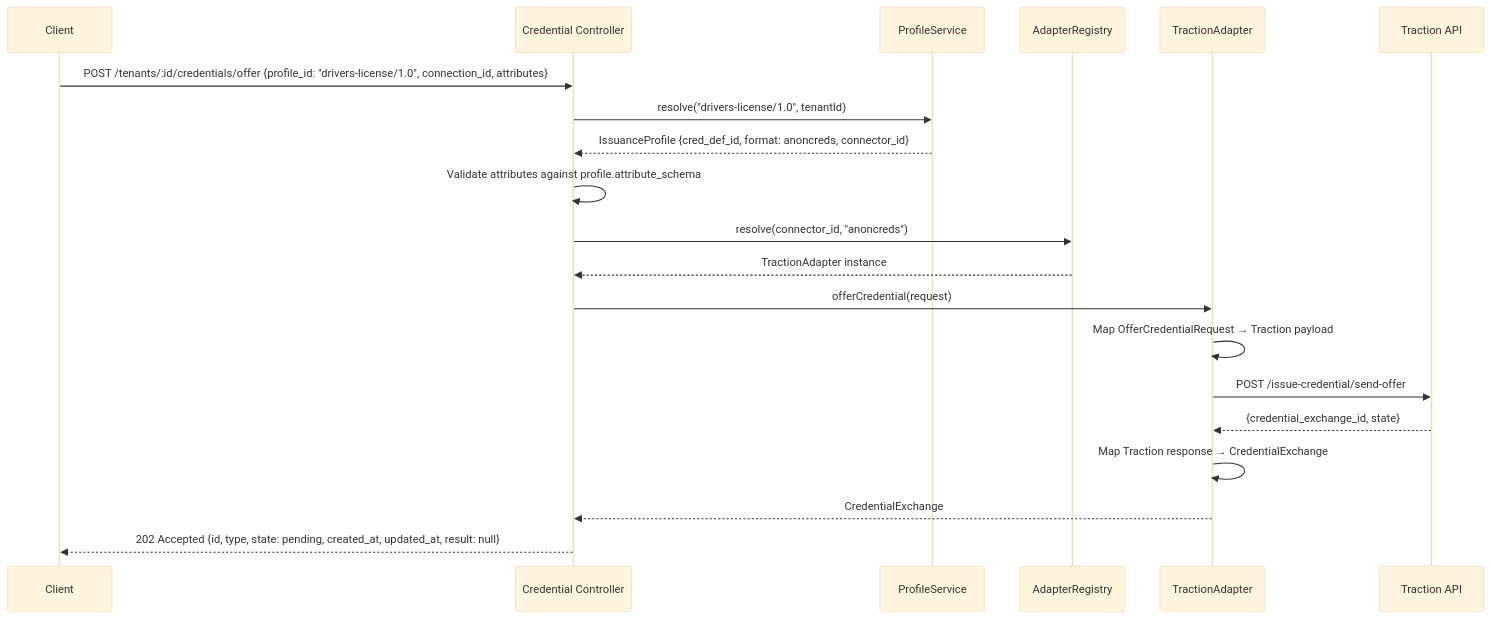
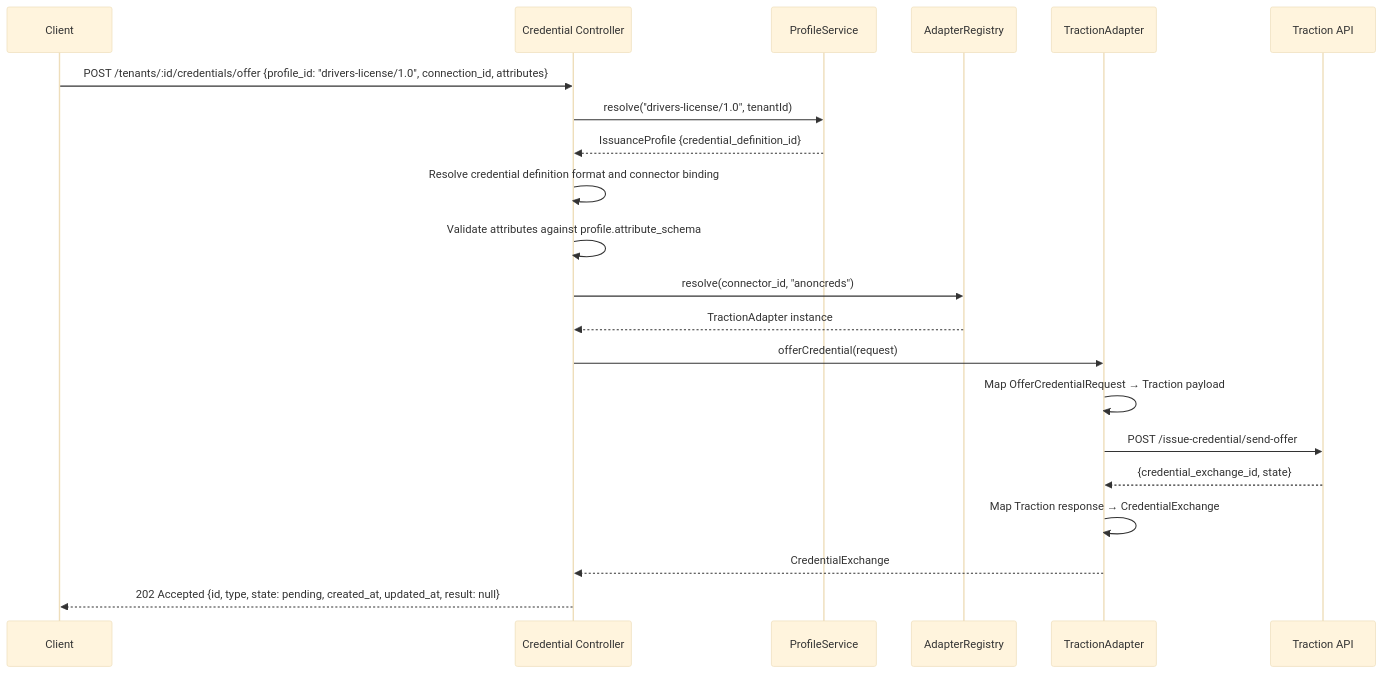
The seventh of 22 diagrams in docs/ARCHITECTURE.md (bcgov/digital-trust-common-service), drawn with Mermaid (base theme) before and after one commit. The commit also changed other lines of this file and 64 other files, not shown here.

````diff
--- a/docs/ARCHITECTURE.md
+++ b/docs/ARCHITECTURE.md
@@ -507,23 +527,24 @@
 ```mermaid
 sequenceDiagram
     participant Client
     participant Controller as Credential Controller
     participant ProfileSvc as ProfileService
     participant Registry as AdapterRegistry
     participant Adapter as TractionAdapter
     participant Traction as Traction API
 
     Client->>Controller: POST /tenants/:id/credentials/offer {profile_id: "drivers-license/1.0", connection_id, attributes}
     Controller->>ProfileSvc: resolve("drivers-license/1.0", tenantId)
-    ProfileSvc-->>Controller: IssuanceProfile {cred_def_id, format: anoncreds, connector_id}
+    ProfileSvc-->>Controller: IssuanceProfile {credential_definition_id}
+    Controller->>Controller: Resolve credential definition format and connector binding
     Controller->>Controller: Validate attributes against profile.attribute_schema
     Controller->>Registry: resolve(connector_id, "anoncreds")
     Registry-->>Controller: TractionAdapter instance
     Controller->>Adapter: offerCredential(request)
     Adapter->>Adapter: Map OfferCredentialRequest → Traction payload
     Adapter->>Traction: POST /issue-credential/send-offer
     Traction-->>Adapter: {credential_exchange_id, state}
     Adapter->>Adapter: Map Traction response → CredentialExchange
     Adapter-->>Controller: CredentialExchange
     Controller-->>Client: 202 Accepted {id, type, state: pending, created_at, updated_at, result: null}
 ```
````
